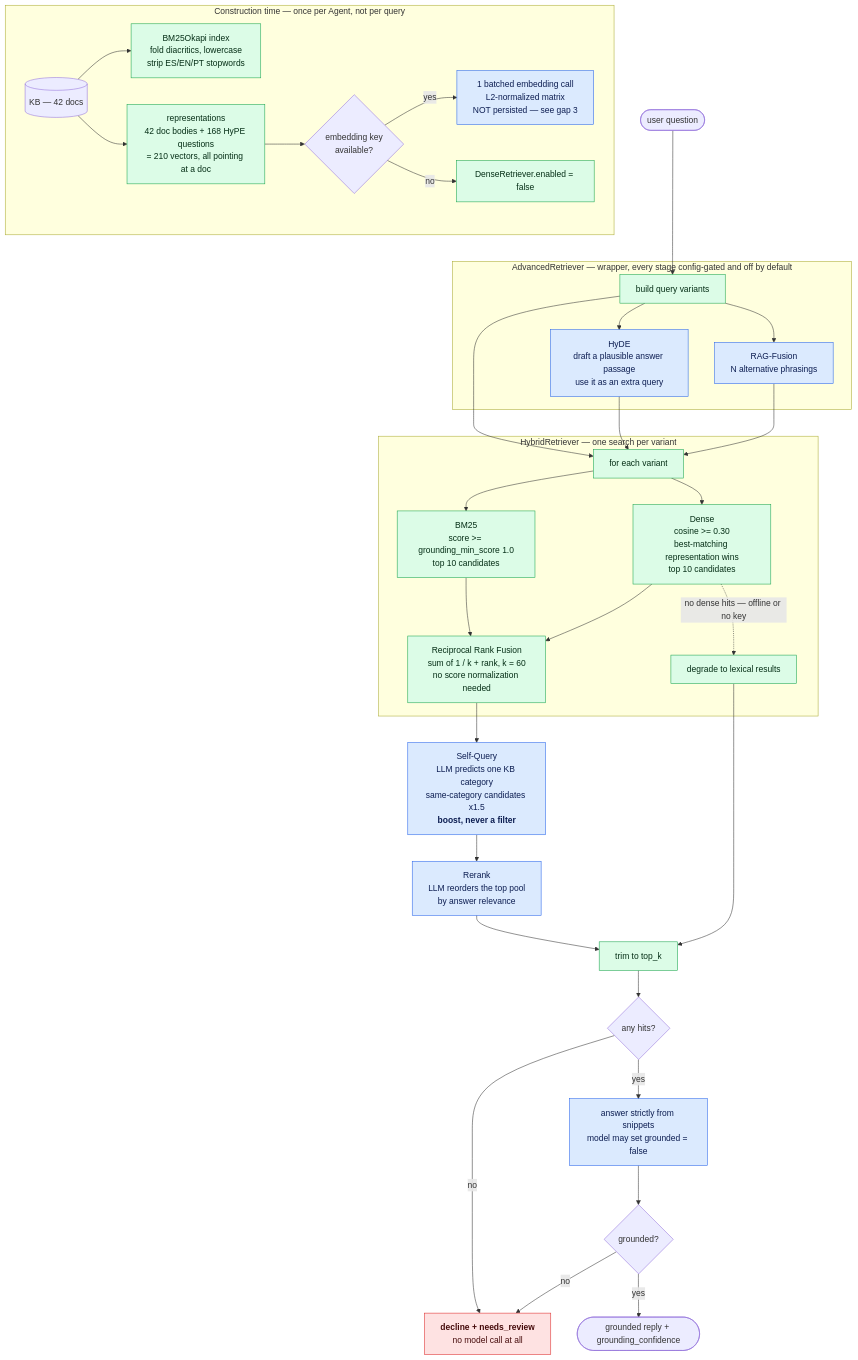
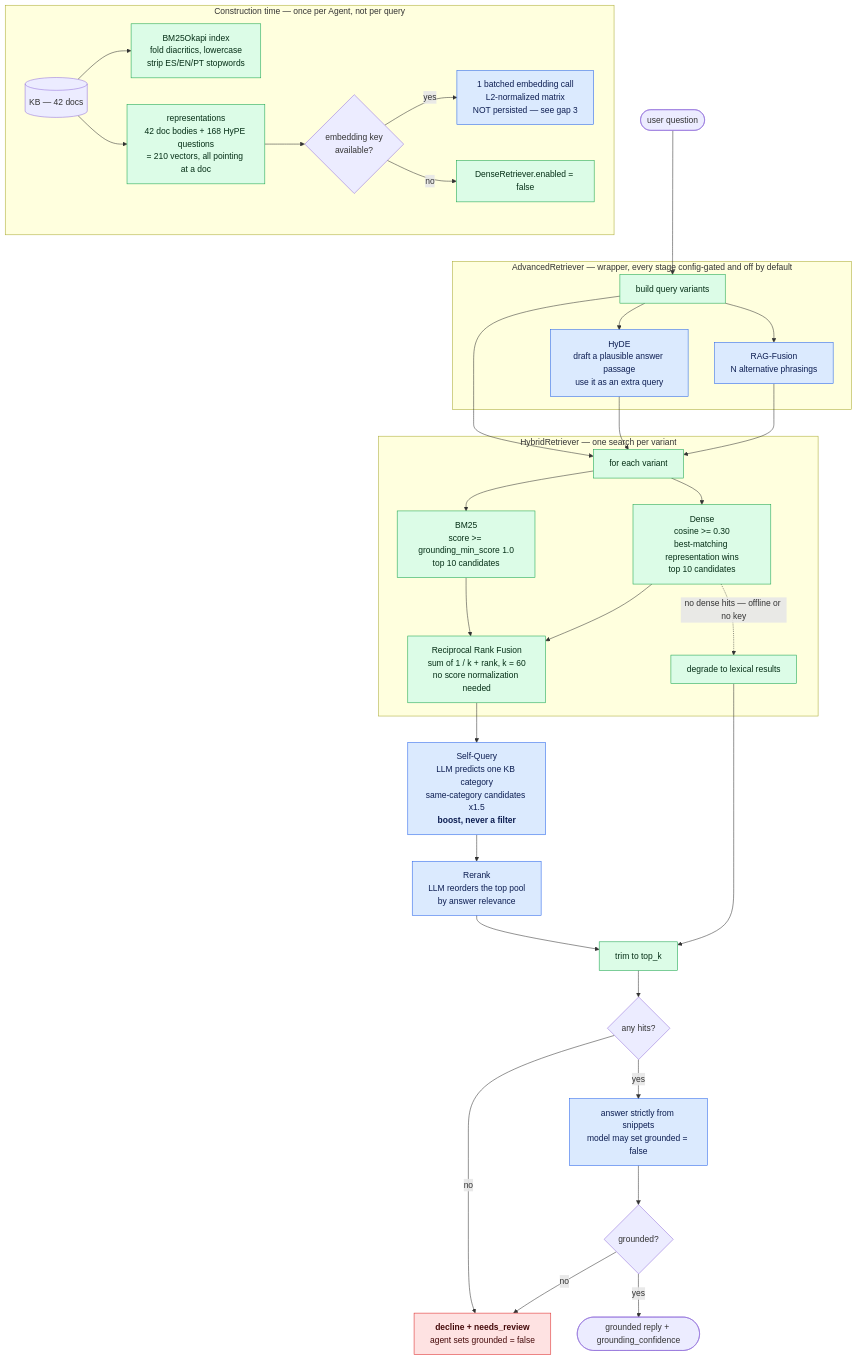
Before and after one commit to Deyber2000/zapp-ai-agent: the diagram in docs/layer-2-retrieval.md, drawn with Mermaid. The commit also changed other lines of this file and 24 other files, not shown here.

First line of the commit message:
fix(agent): address live review — regressions, eval, docs, spec

````diff
--- a/docs/layer-2-retrieval.md
+++ b/docs/layer-2-retrieval.md
@@ -10,50 +10,50 @@
 ```mermaid
 flowchart TB
     subgraph boot["Construction time — once per Agent, not per query"]
         KB[("KB — 42 docs")] --> IDX["BM25Okapi index<br/>fold diacritics, lowercase<br/>strip ES/EN/PT stopwords"]
         KB --> REP["representations<br/>42 doc bodies + 168 HyPE questions<br/>= 210 vectors, all pointing at a doc"]
         REP --> KEY{"embedding key<br/>available?"}
         KEY -->|yes| VEC["1 batched embedding call<br/>L2-normalized matrix<br/>NOT persisted — see gap 3"]
         KEY -->|no| DIS["DenseRetriever.enabled = false"]
     end
 
     QRY(["user question"]) --> EXP
 
     subgraph advanced["AdvancedRetriever — wrapper, every stage config-gated and off by default"]
         EXP["build query variants"]
         EXP --> HY["HyDE<br/>draft a plausible answer passage<br/>use it as an extra query"]
         EXP --> RF["RAG-Fusion<br/>N alternative phrasings"]
     end
 
     EXP --> BASE
     HY --> BASE
     RF --> BASE
 
     subgraph hybrid["HybridRetriever — one search per variant"]
         BASE["for each variant"] --> SP["BM25<br/>score >= grounding_min_score 1.0<br/>top 10 candidates"]
         BASE --> DN["Dense<br/>cosine >= 0.30<br/>best-matching representation wins<br/>top 10 candidates"]
         SP --> RRF
         DN --> RRF
         DN -.->|"no dense hits — offline or no key"| DEG["degrade to lexical results"]
         RRF["Reciprocal Rank Fusion<br/>sum of 1 / k + rank, k = 60<br/>no score normalization needed"]
     end
 
     RRF --> SQ["Self-Query<br/>LLM predicts one KB category<br/>same-category candidates x1.5<br/><b>boost, never a filter</b>"]
     SQ --> RR["Rerank<br/>LLM reorders the top pool<br/>by answer relevance"]
     RR --> TRIM["trim to top_k"]
     DEG --> TRIM
 
     TRIM --> HITS{"any hits?"}
-    HITS -->|no| DECL["<b>decline + needs_review</b><br/>no model call at all"]
+    HITS -->|no| DECL["<b>decline + needs_review</b><br/>agent sets grounded = false"]
     HITS -->|yes| ANS["answer strictly from snippets<br/>model may set grounded = false"]
     ANS --> G2{"grounded?"}
     G2 -->|no| DECL
     G2 -->|yes| OK(["grounded reply + grounding_confidence"])
 
     classDef det fill:#dcfce7,stroke:#16a34a,color:#052e16;
     classDef llm fill:#dbeafe,stroke:#2563eb,color:#0c1d51;
     classDef safe fill:#fee2e2,stroke:#dc2626,color:#450a0a;
     class IDX,REP,SP,DN,RRF,TRIM,DEG,DIS,EXP,BASE det;
     class VEC,HY,RF,SQ,RR,ANS llm;
     class DECL safe;
 ```
````
